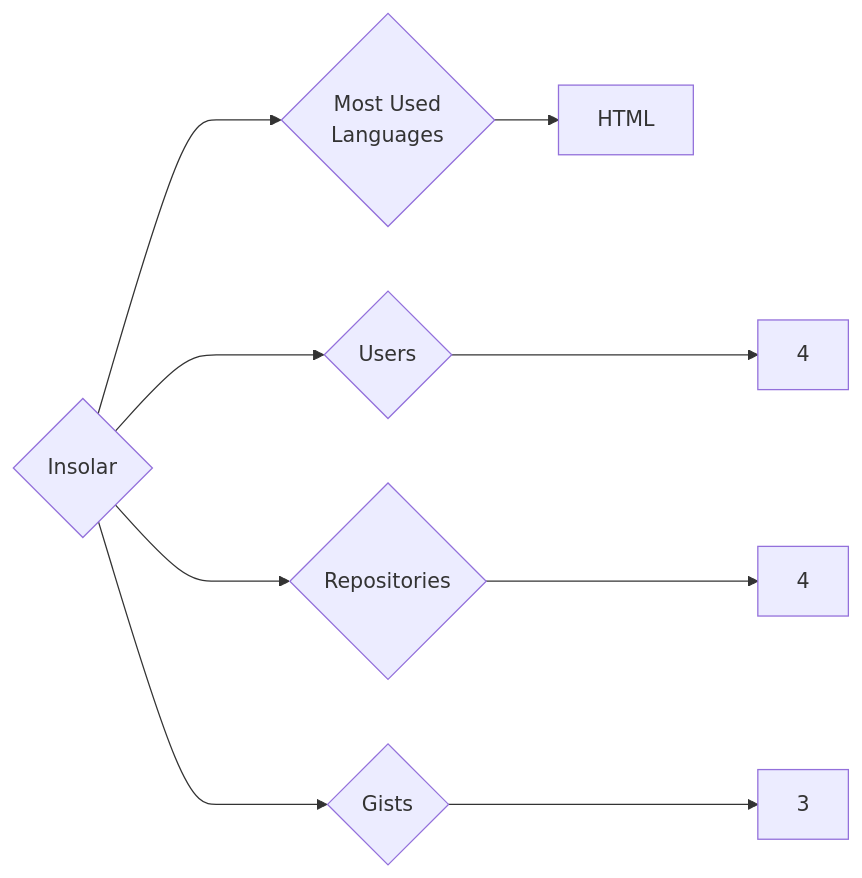
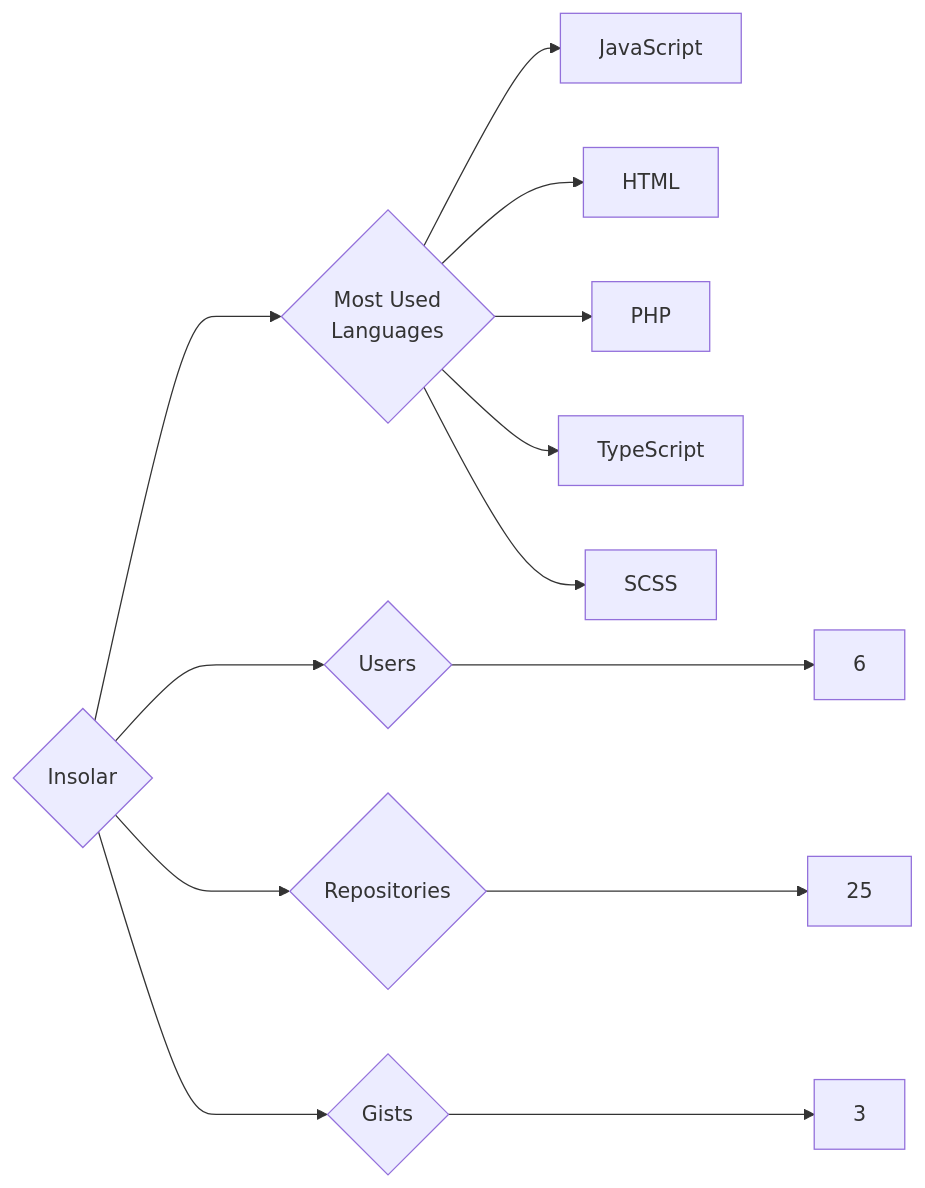
Before and after one commit to trickest/insiders: the diagram in targets/Insolar/README.md, drawn with Mermaid. The commit also changed 1149 other files, not shown here.

````diff
--- a/targets/Insolar/README.md
+++ b/targets/Insolar/README.md
@@ -3,9 +3,13 @@
 ```mermaid
 graph LR
 COMPANY_NAME{Insolar}
-COMPANY_NAME ---> U{Users} ---> UN[4]
-COMPANY_NAME ---> R{Repositories} ---> RN[4]
+COMPANY_NAME ---> U{Users} ---> UN[6]
+COMPANY_NAME ---> R{Repositories} ---> RN[25]
 COMPANY_NAME ---> G{Gists} ---> GN[3]
 COMPANY_NAME ---> ML{Most Used<br>Languages}
+ML --> JavaScript[JavaScript]
 ML --> HTML[HTML]
+ML --> PHP[PHP]
+ML --> TypeScript[TypeScript]
+ML --> SCSS[SCSS]
 ```
````
